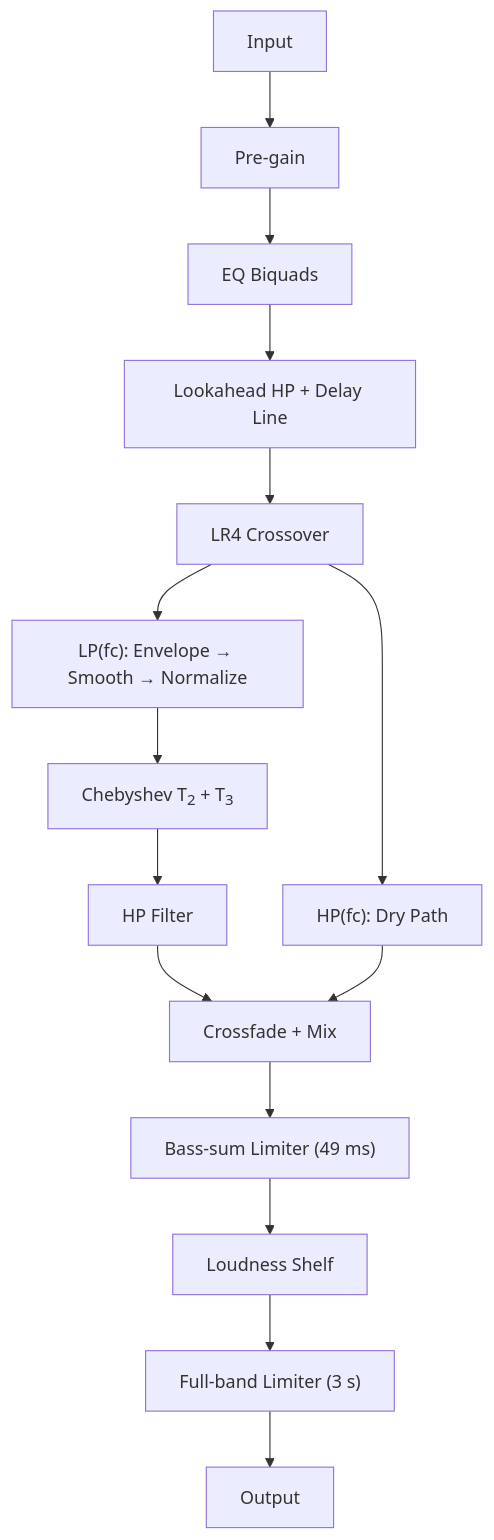
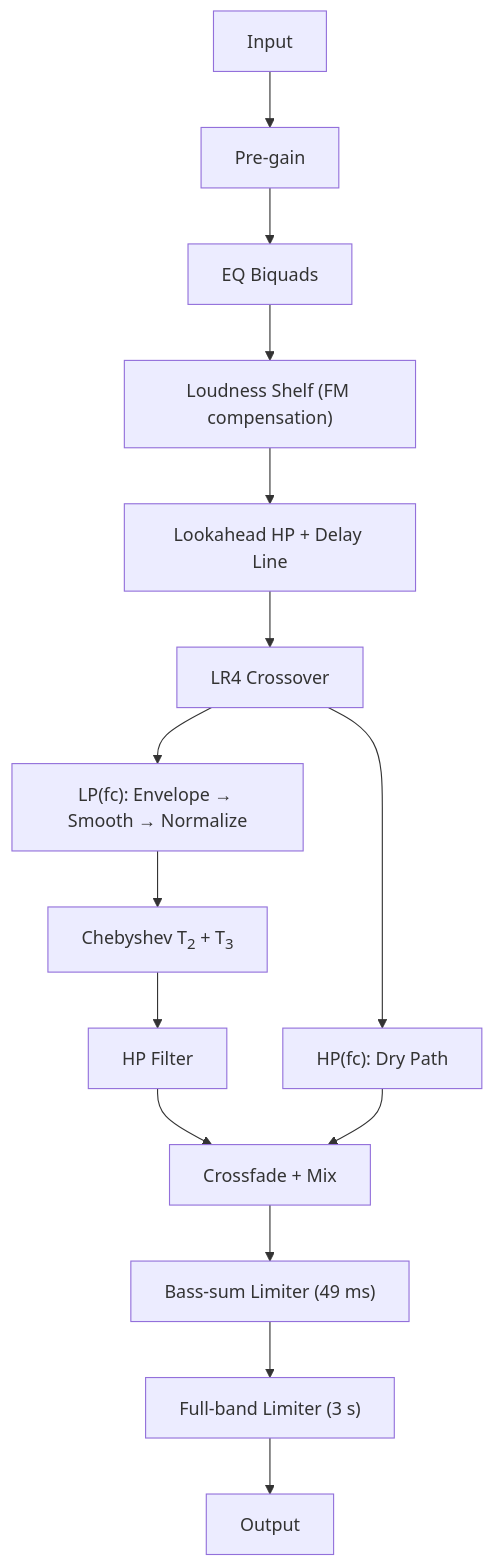
Before and after one commit to 44100hertz/eq-generator: the second of 2 diagrams in README.md, drawn with Mermaid. The commit also changed other lines of this file and 5 other files, not shown here.

Commit message:
move loudness shelf pre-enhancer (part of psychoacoustic target)

````diff
--- a/README.md
+++ b/README.md
@@ -69,21 +69,21 @@
 ```mermaid
 flowchart TD
     A[Input] --> B[Pre-gain]
     B --> C[EQ Biquads]
-    C --> D["Lookahead HP + Delay Line"]
-    D --> E[LR4 Crossover]
+    C --> D["Loudness Shelf (FM compensation)"]
+    D --> E["Lookahead HP + Delay Line"]
+    E --> F[LR4 Crossover]
 
-    E --> F["LP(fc): Envelope → Smooth → Normalize"]
-    E --> G["HP(fc): Dry Path"]
+    F --> G["LP(fc): Envelope → Smooth → Normalize"]
+    F --> H["HP(fc): Dry Path"]
 
-    F --> H["Chebyshev T<sub>2</sub> + T<sub>3</sub>"]
-    H --> I[HP Filter]
+    G --> I["Chebyshev T<sub>2</sub> + T<sub>3</sub>"]
+    I --> J[HP Filter]
 
-    I --> J[Crossfade + Mix]
-    G --> J
+    J --> K[Crossfade + Mix]
+    H --> K
 
-    J --> K["Bass-sum Limiter (49 ms)"]
-    K --> L[Loudness Shelf]
+    K --> L["Bass-sum Limiter (49 ms)"]
     L --> M["Full-band Limiter (3 s)"]
     M --> N[Output]
 ```
````
